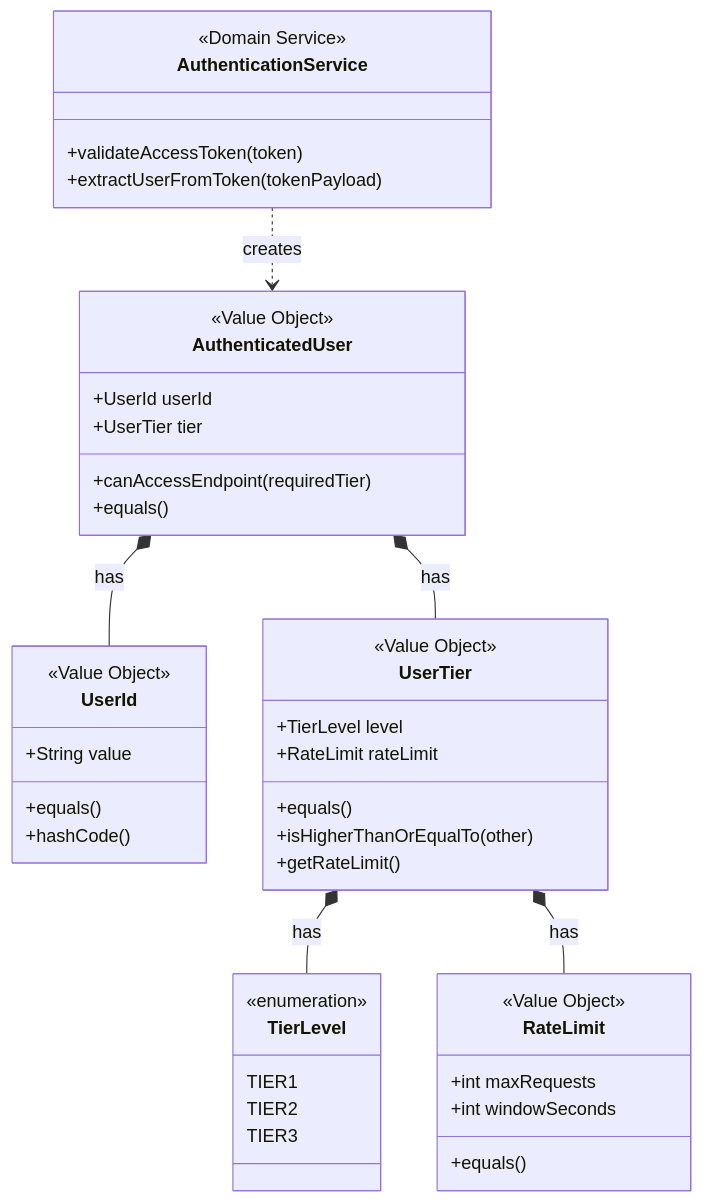
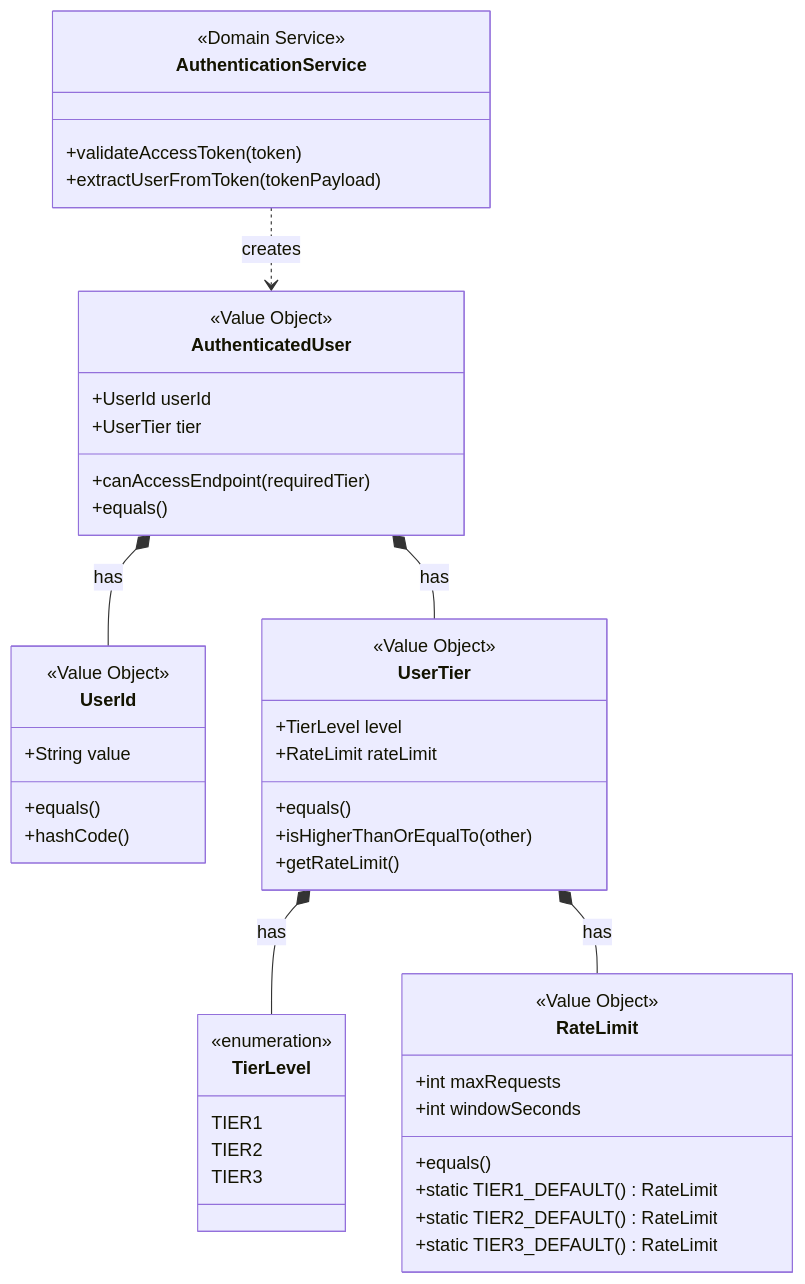
One commit to hydrangeas/redis-test changed the first of 15 diagrams in docs/specs/step5-design.md. Above: the diagram before and after it, drawn with Mermaid. The commit also changed other lines of this file and 1 other file, not shown here.

````diff
--- a/docs/specs/step5-design.md
+++ b/docs/specs/step5-design.md
@@ -7,56 +7,59 @@
 ```mermaid
 classDiagram
     %% バリューオブジェクト（認証済みユーザー）
     class AuthenticatedUser {
         <<Value Object>>
         +UserId userId
         +UserTier tier
         +canAccessEndpoint(requiredTier)
         +equals()
     }
     
     %% バリューオブジェクト
     class UserId {
         <<Value Object>>
         +String value
         +equals()
         +hashCode()
     }
     
     class UserTier {
         <<Value Object>>
         +TierLevel level
         +RateLimit rateLimit
         +equals()
         +isHigherThanOrEqualTo(other)
         +getRateLimit()
     }
     
     class TierLevel {
         <<enumeration>>
         TIER1
         TIER2
         TIER3
     }
     
     class RateLimit {
         <<Value Object>>
         +int maxRequests
         +int windowSeconds
         +equals()
+        +static TIER1_DEFAULT() RateLimit
+        +static TIER2_DEFAULT() RateLimit
+        +static TIER3_DEFAULT() RateLimit
     }
     
     %% ドメインサービス
     class AuthenticationService {
         <<Domain Service>>
         +validateAccessToken(token)
         +extractUserFromToken(tokenPayload)
     }
     
     %% 関係性
     AuthenticatedUser *-- UserId : has
     AuthenticatedUser *-- UserTier : has
     UserTier *-- TierLevel : has
     UserTier *-- RateLimit : has
     AuthenticationService ..> AuthenticatedUser : creates
 ```
````
